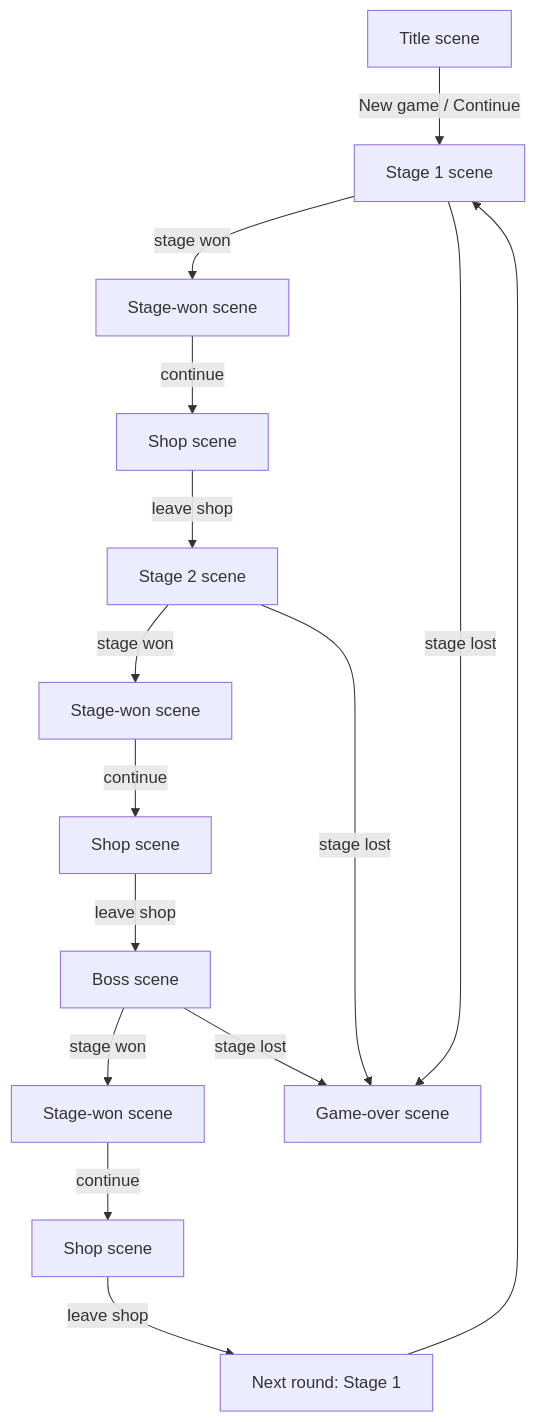
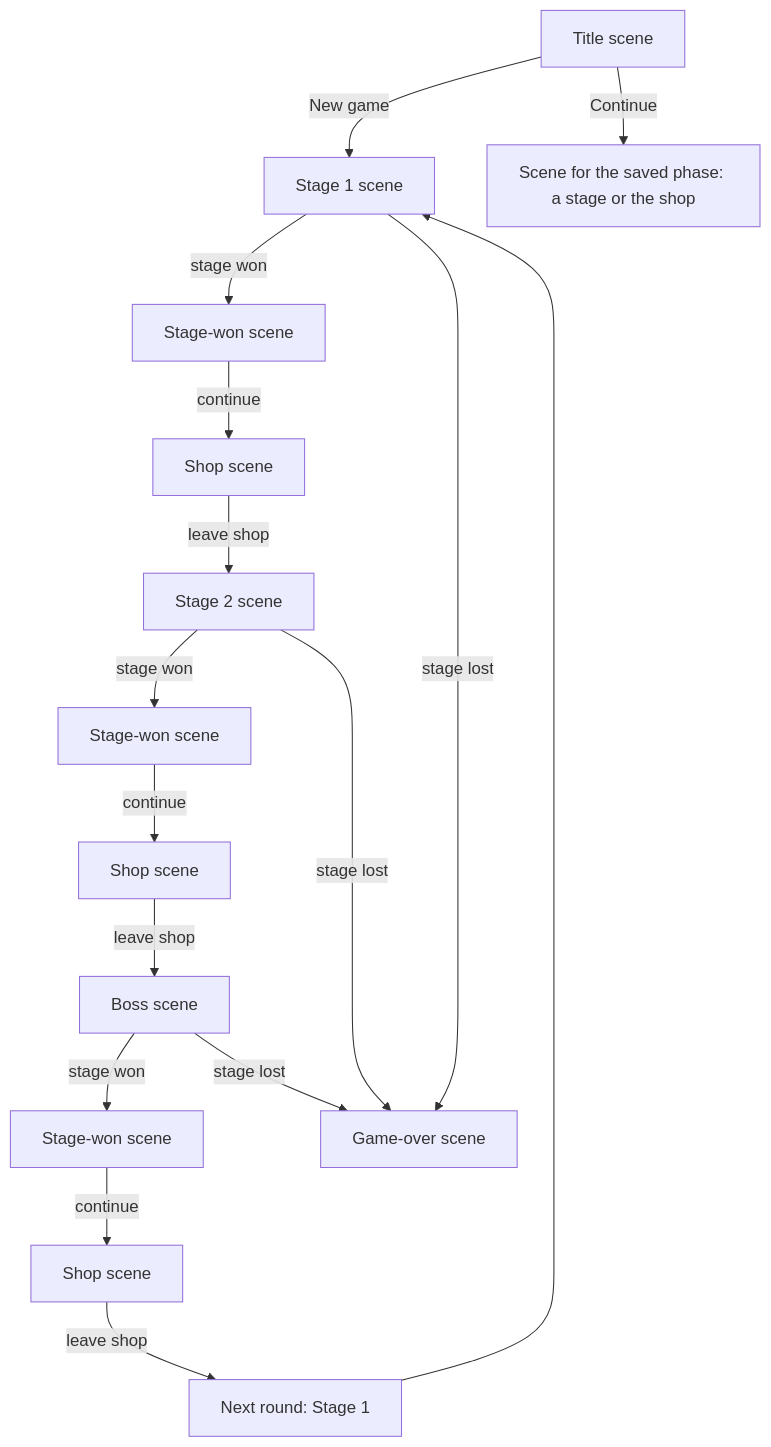
Before and after one commit to trebizondoculpepper/poker_blocks: the first of 2 diagrams in doc/game-architecture.md, drawn with Mermaid. The commit also changed 4 other files, not shown here.

````diff
--- a/doc/game-architecture.md
+++ b/doc/game-architecture.md
@@ -222,17 +222,18 @@
 ```mermaid
 flowchart TD
-  Title[Title scene] -->|New game / Continue| Stage1[Stage 1 scene]
+  Title[Title scene] -->|New game| Stage1[Stage 1 scene]
+  Title -->|Continue| Saved[Scene for the saved phase: a stage or the shop]
   Stage1 -->|stage won| Won[Stage-won scene]
   Won -->|continue| Shop1[Shop scene]
   Shop1 -->|leave shop| Stage2[Stage 2 scene]
   Stage2 -->|stage won| Won2[Stage-won scene]
   Won2 -->|continue| Shop2[Shop scene]
   Shop2 -->|leave shop| Boss[Boss scene]
   Boss -->|stage won| Won3[Stage-won scene]
   Won3 -->|continue| BossShop[Shop scene]
   BossShop -->|leave shop| NextRound[Next round: Stage 1]
   NextRound --> Stage1
   Stage1 -->|stage lost| Fail[Game-over scene]
   Stage2 -->|stage lost| Fail
   Boss -->|stage lost| Fail
 ```
````
